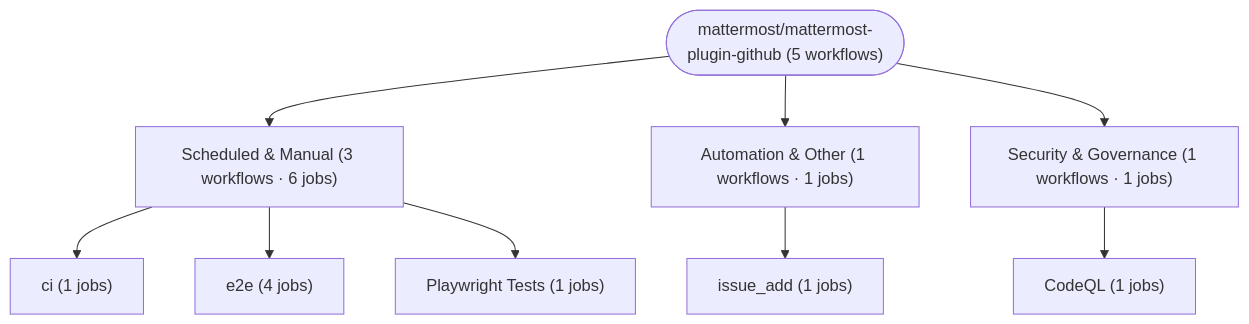
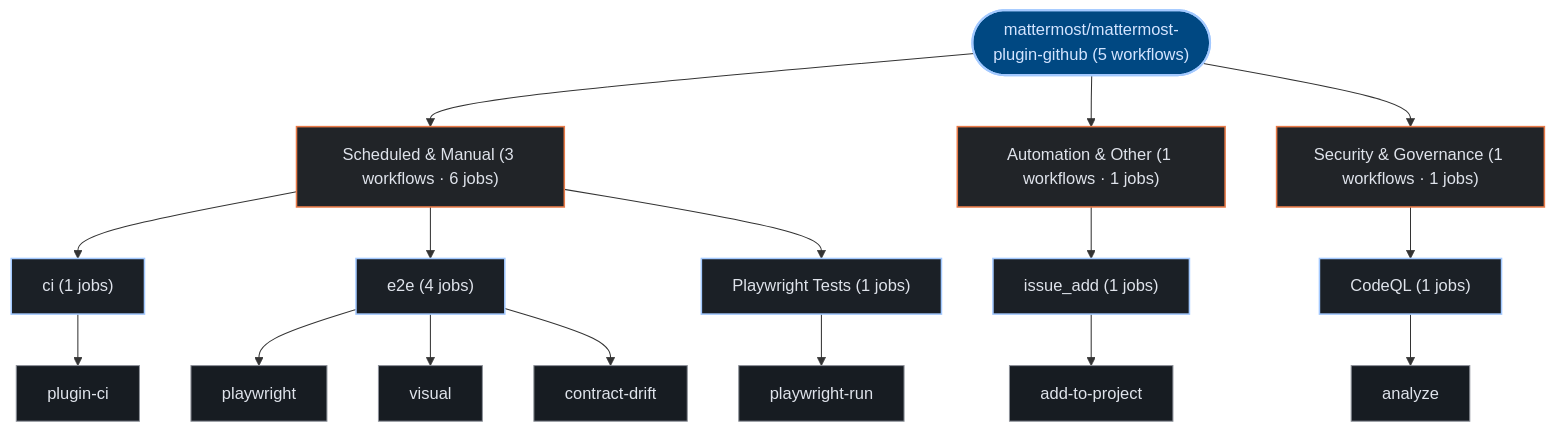
The third of 3 diagrams in exports/latest/reports/mattermost-mattermost-plugin-github-report.md (kumarshaz/atruss-code-atlas), drawn with Mermaid before and after one commit. The commit also changed other lines of this file and 331 other files, not shown here.

Commit message:
docs,ui,fix: update SDLC docs, reorder CI/CD DAG first, stylize Mermaid, and fix Arc42 pipeline topology

````diff
--- a/exports/latest/reports/mattermost-mattermost-plugin-github-report.md
+++ b/exports/latest/reports/mattermost-mattermost-plugin-github-report.md
@@ -201,20 +212,41 @@
 ```mermaid
 graph TD;
-  pipeline_root(["mattermost/mattermost-plugin-github (5 workflows)"])
-  grp_0_Scheduled___Manual["Scheduled & Manual (3 workflows · 6 jobs)"]
+  classDef atlasRoot fill:#004882,stroke:#a3c9ff,stroke-width:2px,color:#d3e4ff
+  classDef atlasCategory fill:#212428,stroke:#E87A48,stroke-width:1.5px,color:#dfe3eb
+  classDef atlasWorkflow fill:#1b2026,stroke:#a3c9ff,stroke-width:1.5px,color:#dfe3eb
+  classDef atlasJob fill:#171c22,stroke:#8d9199,stroke-width:1px,color:#dfe3eb
+  classDef atlasTarget fill:#005227,stroke:#8bd99b,stroke-width:1.5px,color:#a7f6b6
+  classDef atlasAlert fill:#93000a,stroke:#ffb4ab,stroke-width:1.5px,color:#ffdad6
+  classDef atlasMore fill:#252a31,stroke:#8d9199,stroke-dasharray:4 4,color:#c3c6cf
+  pipeline_root(["mattermost/mattermost-plugin-github (5 workflows)"]):::atlasRoot
+  grp_0_Scheduled___Manual["Scheduled & Manual (3 workflows · 6 jobs)"]:::atlasCategory
   pipeline_root --> grp_0_Scheduled___Manual
-  wf_0_ci["ci (1 jobs)"]
+  wf_0_ci["ci (1 jobs)"]:::atlasWorkflow
   grp_0_Scheduled___Manual --> wf_0_ci
-  wf_2_e2e["e2e (4 jobs)"]
+  job_0_plugin_ci["plugin-ci"]:::atlasJob
+  wf_0_ci --> job_0_plugin_ci
+  wf_2_e2e["e2e (4 jobs)"]:::atlasWorkflow
   grp_0_Scheduled___Manual --> wf_2_e2e
-  wf_4_Playwright_Tests["Playwright Tests (1 jobs)"]
+  job_2_playwright["playwright"]:::atlasJob
+  job_2_visual["visual"]:::atlasJob
+  job_2_contract_drift["contract-drift"]:::atlasJob
+  wf_2_e2e --> job_2_playwright
+  wf_2_e2e --> job_2_visual
+  wf_2_e2e --> job_2_contract_drift
+  wf_4_Playwright_Tests["Playwright Tests (1 jobs)"]:::atlasWorkflow
   grp_0_Scheduled___Manual --> wf_4_Playwright_Tests
-  grp_1_Automation___Other["Automation & Other (1 workflows · 1 jobs)"]
+  job_4_playwright_run["playwright-run"]:::atlasJob
+  wf_4_Playwright_Tests --> job_4_playwright_run
+  grp_1_Automation___Other["Automation & Other (1 workflows · 1 jobs)"]:::atlasCategory
   pipeline_root --> grp_1_Automation___Other
-  wf_3_issue_add["issue_add (1 jobs)"]
+  wf_3_issue_add["issue_add (1 jobs)"]:::atlasWorkflow
   grp_1_Automation___Other --> wf_3_issue_add
-  grp_2_Security___Governance["Security & Governance (1 workflows · 1 jobs)"]
+  job_3_add_to_project["add-to-project"]:::atlasJob
+  wf_3_issue_add --> job_3_add_to_project
+  grp_2_Security___Governance["Security & Governance (1 workflows · 1 jobs)"]:::atlasCategory
   pipeline_root --> grp_2_Security___Governance
-  wf_1_CodeQL["CodeQL (1 jobs)"]
+  wf_1_CodeQL["CodeQL (1 jobs)"]:::atlasWorkflow
   grp_2_Security___Governance --> wf_1_CodeQL
+  job_1_analyze["analyze"]:::atlasJob
+  wf_1_CodeQL --> job_1_analyze
 ```
````
